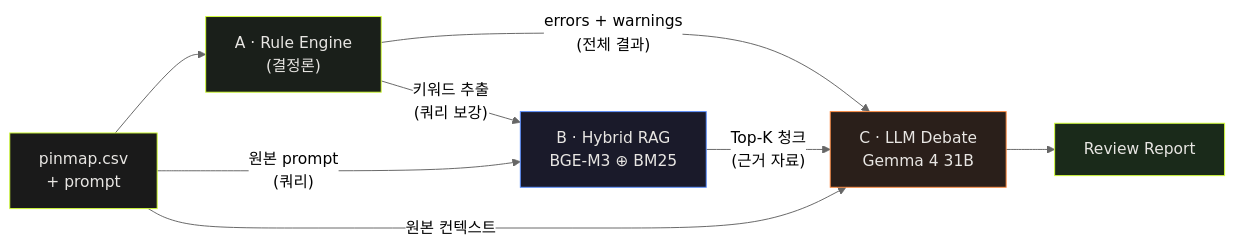
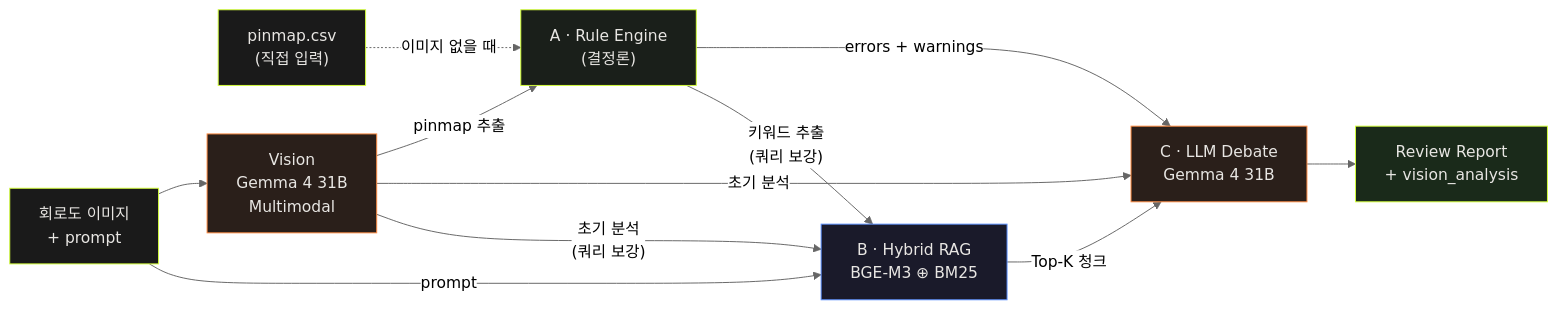
The second of 3 diagrams in ARCHITECTURE.md (younlea/MotorDriveForge), drawn with Mermaid (neutral theme) before and after one commit. The commit also changed other lines of this file and 7 other files, not shown here.

First line of the commit message:
feat: Vision 멀티모달 입력 — 회로도 이미지 → 핀맵 자동 추출 (Task 07)

````diff
--- a/ARCHITECTURE.md
+++ b/ARCHITECTURE.md
@@ -97,22 +103,28 @@
 ```mermaid
 flowchart LR
-    IN["pinmap.csv<br/>+ prompt"]:::input
+    IMG["회로도 이미지<br/>+ prompt"]:::input
+    CSV["pinmap.csv<br/>(직접 입력)"]:::input
+
+    V["Vision<br/>Gemma 4 31B<br/>Multimodal"]:::llm
     A["A · Rule Engine<br/>(결정론)"]:::rule
     B["B · Hybrid RAG<br/>BGE-M3 ⊕ BM25"]:::rag
     C["C · LLM Debate<br/>Gemma 4 31B"]:::llm
-    OUT["Review Report"]:::output
+    OUT["Review Report<br/>+ vision_analysis"]:::output
 
-    IN --> A
-    A -- "errors + warnings<br/>(전체 결과)" --> C
+    IMG --> V
+    V -- "pinmap 추출" --> A
+    CSV -. "이미지 없을 때" .-> A
+    V -- "초기 분석" --> C
+    A -- "errors + warnings" --> C
     A -- "키워드 추출<br/>(쿼리 보강)" --> B
-    IN -- "원본 prompt<br/>(쿼리)" --> B
-    B -- "Top-K 청크<br/>(근거 자료)" --> C
-    IN -- "원본 컨텍스트" --> C
+    IMG -- "prompt" --> B
+    V -- "초기 분석<br/>(쿼리 보강)" --> B
+    B -- "Top-K 청크" --> C
     C --> OUT
 
     classDef input fill:#1a1a1a,stroke:#d4ff3a,color:#e8e6e3
     classDef rule fill:#1a1f1a,stroke:#d4ff3a,color:#e8e6e3
     classDef rag fill:#1a1a2a,stroke:#5a8fff,color:#e8e6e3
     classDef llm fill:#2a1f1a,stroke:#ff8c42,color:#e8e6e3
     classDef output fill:#1a2a1a,stroke:#d4ff3a,color:#e8e6e3
 ```
````
